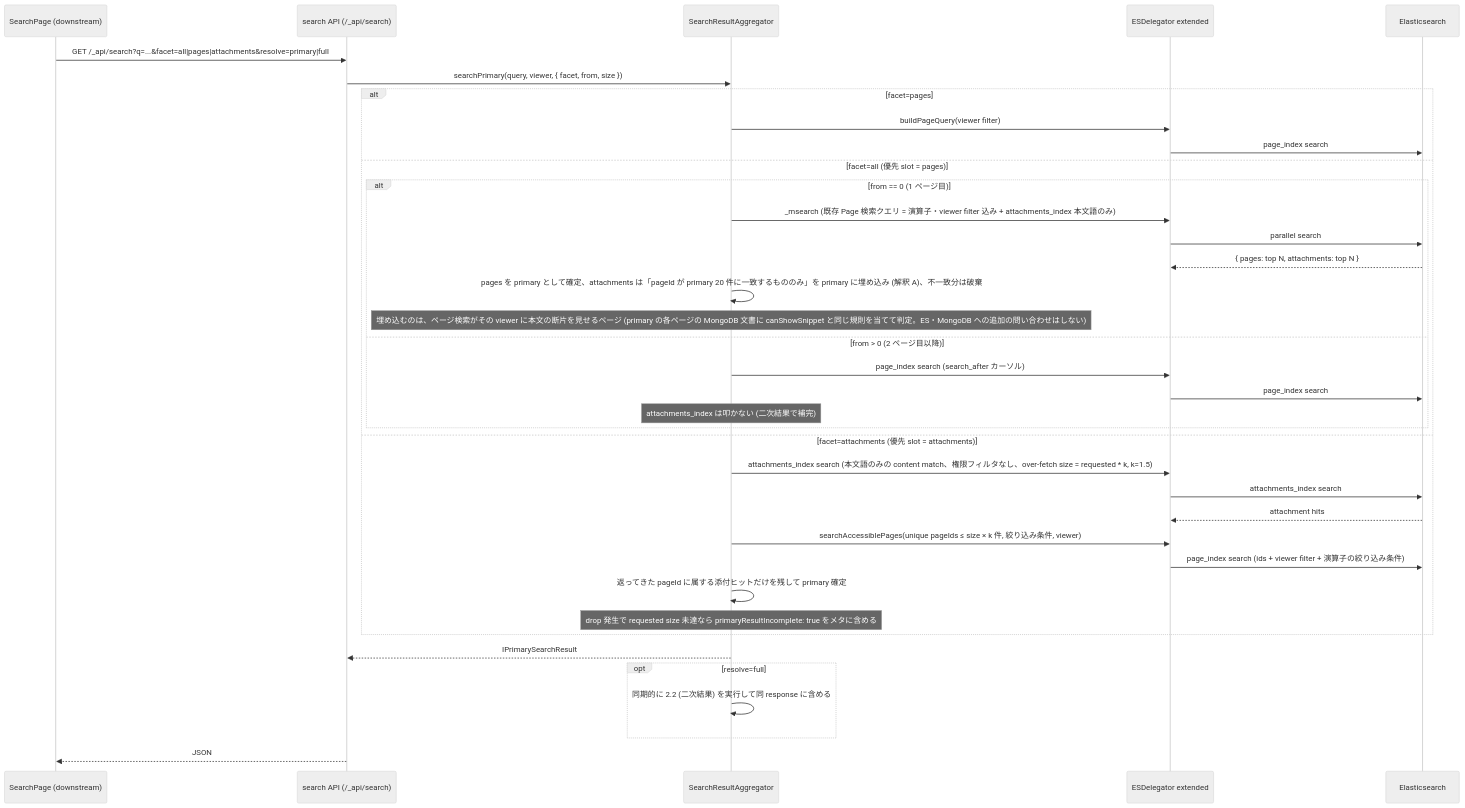
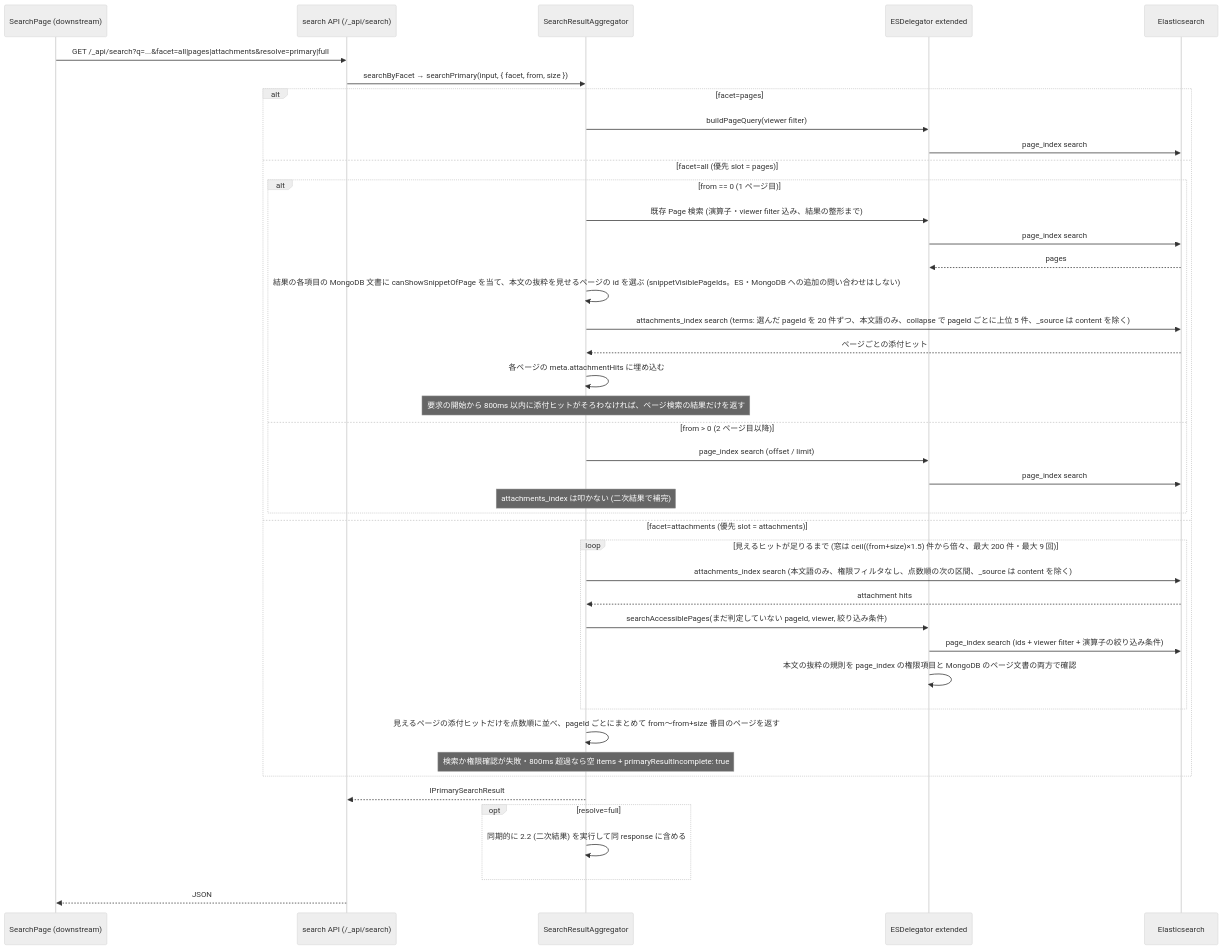
The third of 6 diagrams in .kiro/specs/attachment-search-indexing/design.md (growilabs/growi), drawn with Mermaid (neutral theme) before and after one commit. The commit also changed other lines of this file and 6 other files, not shown here.

First line of the commit message:
docs(attachment-search-indexing): bring the spec in line with the implementation

````diff
--- a/.kiro/specs/attachment-search-indexing/design.md
+++ b/.kiro/specs/attachment-search-indexing/design.md
@@ -317,42 +344,47 @@
 ```mermaid
 sequenceDiagram
     participant UI as SearchPage (downstream)
     participant Api as search API (/_api/search)
     participant Svc as SearchResultAggregator
     participant Del as ESDelegator extended
     participant ES as Elasticsearch
 
     UI->>Api: GET /_api/search?q=...&facet=all|pages|attachments&resolve=primary|full
-    Api->>Svc: searchPrimary(query, viewer, { facet, from, size })
+    Api->>Svc: searchByFacet → searchPrimary(input, { facet, from, size })
 
     alt facet=pages
         Svc->>Del: buildPageQuery(viewer filter)
         Del->>ES: page_index search
     else facet=all (優先 slot = pages)
         alt from == 0 (1 ページ目)
-            Svc->>Del: _msearch (既存 Page 検索クエリ = 演算子・viewer filter 込み + attachments_index 本文語のみ)
-            Del->>ES: parallel search
-            ES-->>Del: { pages: top N, attachments: top N }
-            Svc->>Svc: pages を primary として確定、attachments は「pageId が primary 20 件に一致するもののみ」を primary に埋め込み (解釈 A)、不一致分は破棄
-            Note over Svc: 埋め込むのは、ページ検索がその viewer に本文の断片を見せるページ (primary の各ページの MongoDB 文書に canShowSnippet と同じ規則を当てて判定。ES・MongoDB への追加の問い合わせはしない)
+            Svc->>Del: 既存 Page 検索 (演算子・viewer filter 込み、結果の整形まで)
+            Del->>ES: page_index search
+            ES-->>Del: pages
+            Svc->>Svc: 結果の各項目の MongoDB 文書に canShowSnippetOfPage を当て、本文の抜粋を見せるページの id を選ぶ (snippetVisiblePageIds。ES・MongoDB への追加の問い合わせはしない)
+            Svc->>ES: attachments_index search (terms: 選んだ pageId を 20 件ずつ、本文語のみ、collapse で pageId ごとに上位 5 件、_source は content を除く)
+            ES-->>Svc: ページごとの添付ヒット
+            Svc->>Svc: 各ページの meta.attachmentHits に埋め込む
+            Note over Svc: 要求の開始から 800ms 以内に添付ヒットがそろわなければ、ページ検索の結果だけを返す
         else from > 0 (2 ページ目以降)
-            Svc->>Del: page_index search (search_after カーソル)
+            Svc->>Del: page_index search (offset / limit)
             Del->>ES: page_index search
             Note over Svc: attachments_index は叩かない (二次結果で補完)
         end
     else facet=attachments (優先 slot = attachments)
-        Svc->>Del: attachments_index search (本文語のみの content match、権限フィルタなし、over-fetch size = requested * k, k=1.5)
-        Del->>ES: attachments_index search
-        ES-->>Del: attachment hits
-        Svc->>Del: searchAccessiblePages(unique pageIds ≤ size × k 件, 絞り込み条件, viewer)
-        Del->>ES: page_index search (ids + viewer filter + 演算子の絞り込み条件)
-        Svc->>Svc: 返ってきた pageId に属する添付ヒットだけを残して primary 確定
-        Note over Svc: drop 発生で requested size 未達なら primaryResultIncomplete: true をメタに含める
+        loop 見えるヒットが足りるまで (窓は ceil((from+size)×1.5) 件から倍々、最大 200 件・最大 9 回)
+            Svc->>ES: attachments_index search (本文語のみ、権限フィルタなし、点数順の次の区間、_source は content を除く)
+            ES-->>Svc: attachment hits
+            Svc->>Del: searchAccessiblePages(まだ判定していない pageId, viewer, 絞り込み条件)
+            Del->>ES: page_index search (ids + viewer filter + 演算子の絞り込み条件)
+            Del->>Del: 本文の抜粋の規則を page_index の権限項目と MongoDB のページ文書の両方で確認
+        end
+        Svc->>Svc: 見えるページの添付ヒットだけを点数順に並べ、pageId ごとにまとめて from〜from+size 番目のページを返す
+        Note over Svc: 検索か権限確認が失敗・800ms 超過なら空 items + primaryResultIncomplete: true
     end
 
     Svc-->>Api: IPrimarySearchResult
     opt resolve=full
         Svc->>Svc: 同期的に 2.2 (二次結果) を実行して同 response に含める
     end
     Api-->>UI: JSON
 ```
````
